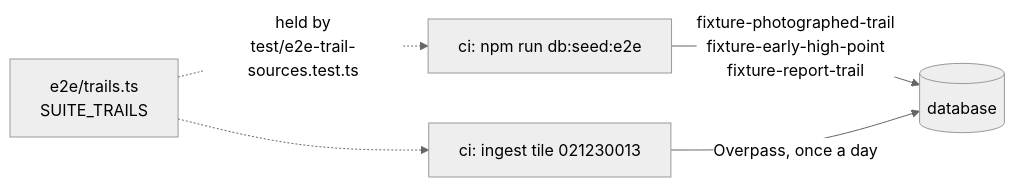
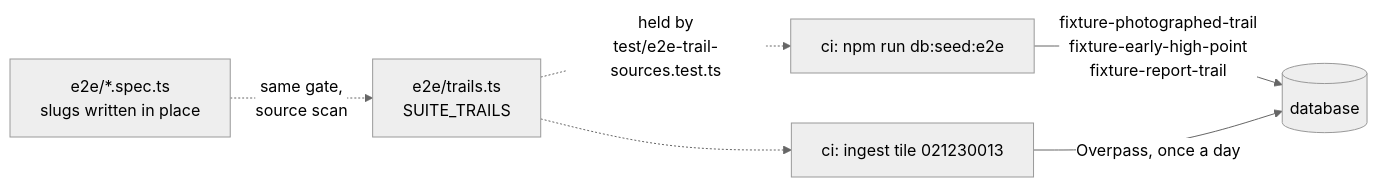
One commit to mbahgatTech/switchback changed the second of 2 diagrams in .plans/WO-ci-pipeline-green-v1.md. Above: the diagram before and after it, drawn with Mermaid (neutral theme). The commit also changed other lines of this file, not shown here.

````diff
--- a/.plans/WO-ci-pipeline-green-v1.md
+++ b/.plans/WO-ci-pipeline-green-v1.md
@@ -139,7 +146,8 @@
 ```mermaid
 flowchart LR
     C1[ci: npm run db:seed:e2e] -->|fixture-photographed-trail<br/>fixture-early-high-point<br/>fixture-report-trail| C2[(database)]
     C3[ci: ingest tile 021230013] -->|Overpass, once a day| C2
     C4[e2e/trails.ts<br/>SUITE_TRAILS] -.->|held by<br/>test/e2e-trail-sources.test.ts| C1
     C4 -.-> C3
+    C5[e2e/*.spec.ts<br/>slugs written in place] -.->|same gate,<br/>source scan| C4
 ```
````
